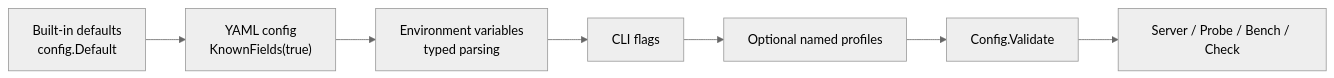
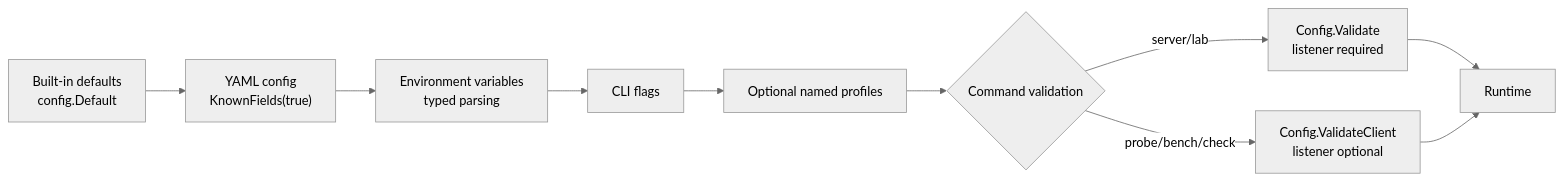
The fourth of 26 diagrams in ARCHITECTURE.md (TritonProbe/triton), drawn with Mermaid (neutral theme) before and after one commit. The commit also changed other lines of this file and 12 other files, not shown here.

First line of the commit message:
Add client-only config validation and preserve partial bench failures

````diff
--- a/ARCHITECTURE.md
+++ b/ARCHITECTURE.md
@@ -157,9 +160,12 @@
 ```mermaid
 flowchart LR
     Defaults["Built-in defaults<br/>config.Default"] --> YAML["YAML config<br/>KnownFields(true)"]
     YAML --> Env["Environment variables<br/>typed parsing"]
     Env --> Flags["CLI flags"]
     Flags --> Profiles["Optional named profiles"]
-    Profiles --> Validate["Config.Validate"]
-    Validate --> Runtime["Server / Probe / Bench / Check"]
+    Profiles --> Validate{"Command validation"}
+    Validate -->|server/lab| ServerValidate["Config.Validate<br/>listener required"]
+    Validate -->|probe/bench/check| ClientValidate["Config.ValidateClient<br/>listener optional"]
+    ServerValidate --> Runtime["Runtime"]
+    ClientValidate --> Runtime
 ```
````
